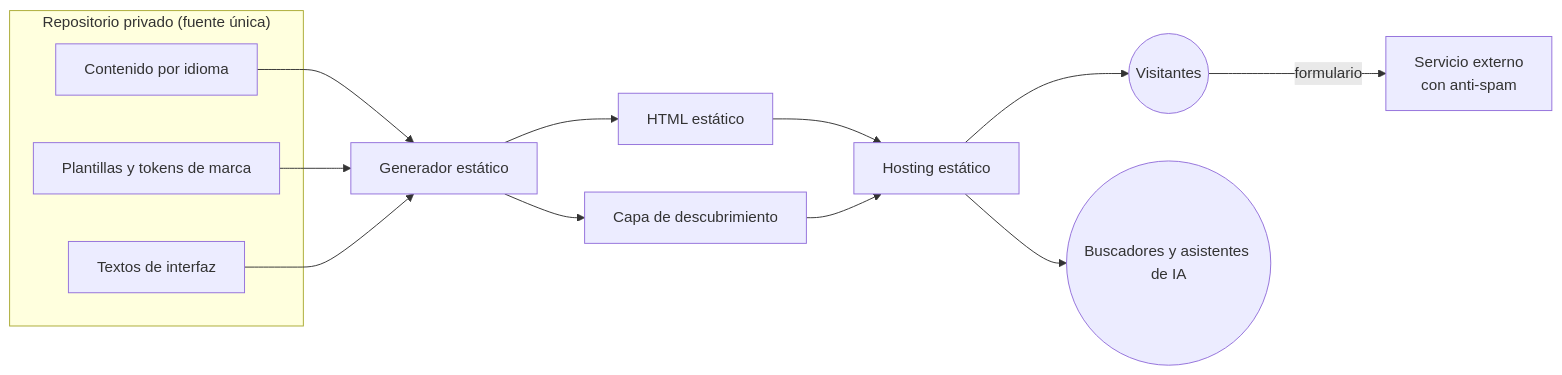
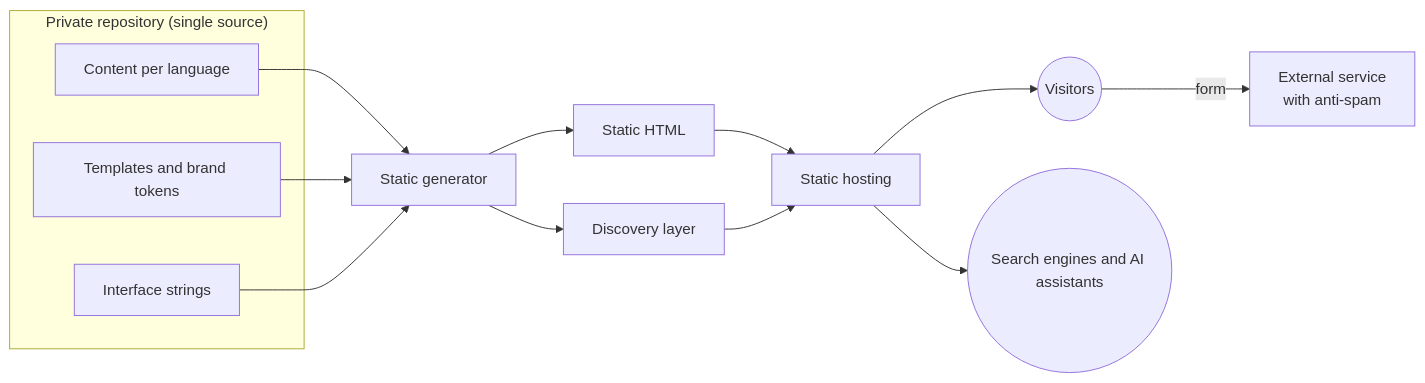
One commit to reMantiX2/engineering-portfolio changed the diagram in architecture-studio-website/README.md. Above: the diagram before and after it, drawn with Mermaid. The commit also changed other lines of this file and 19 other files, not shown here.

````diff
--- a/architecture-studio-website/README.md
+++ b/architecture-studio-website/README.md
@@ -39,19 +41,19 @@
 ```mermaid
 graph LR
-    subgraph REPO["Repositorio privado (fuente única)"]
-        CONT[Contenido por idioma]
-        TPL[Plantillas y tokens de marca]
-        TXT[Textos de interfaz]
+    subgraph REPO["Private repository (single source)"]
+        CONT[Content per language]
+        TPL[Templates and brand tokens]
+        TXT[Interface strings]
     end
 
-    CONT --> GEN[Generador estático]
+    CONT --> GEN[Static generator]
     TPL --> GEN
     TXT --> GEN
-    GEN --> HTML[HTML estático]
-    GEN --> DISC[Capa de descubrimiento]
-    HTML --> HOST[Hosting estático]
+    GEN --> HTML[Static HTML]
+    GEN --> DISC[Discovery layer]
+    HTML --> HOST[Static hosting]
     DISC --> HOST
-    HOST --> USR((Visitantes))
-    HOST --> BOTS((Buscadores y asistentes de IA))
-    USR -->|formulario| FORM[Servicio externo<br/>con anti-spam]
+    HOST --> USR((Visitors))
+    HOST --> BOTS((Search engines and AI assistants))
+    USR -->|form| FORM[External service<br/>with anti-spam]
 ```
````
